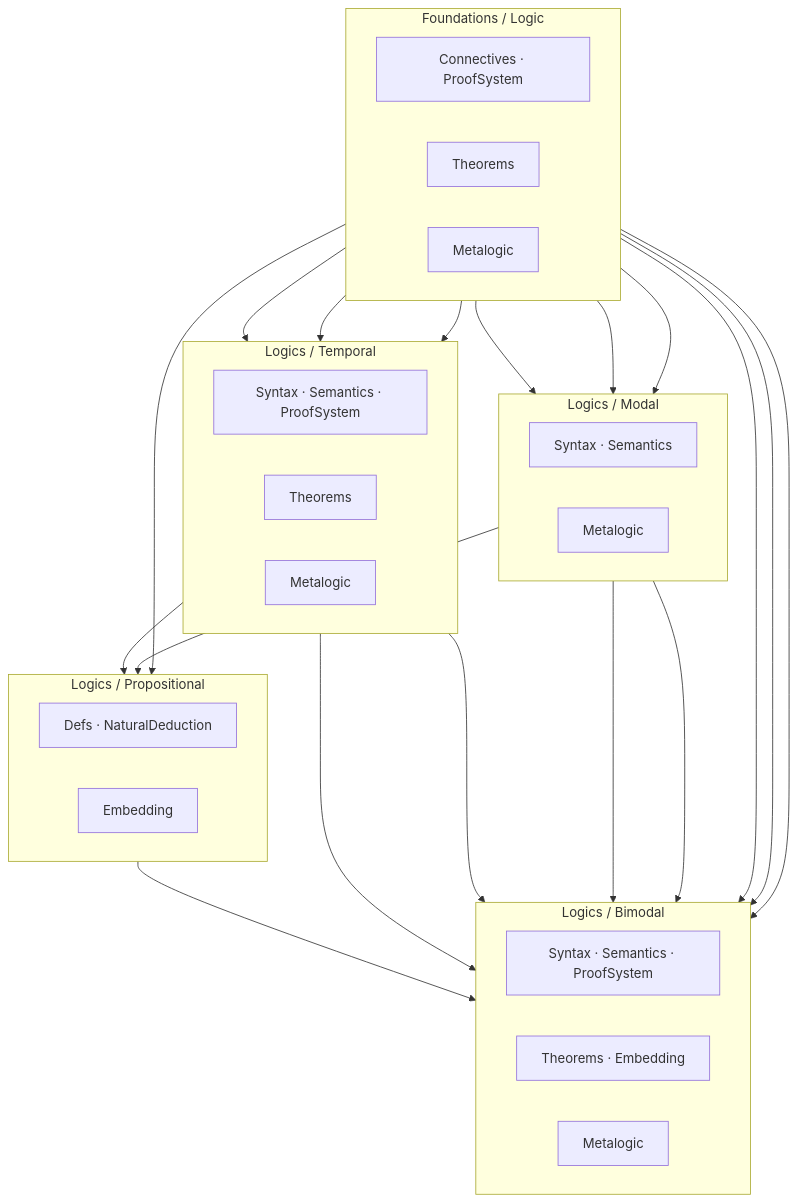
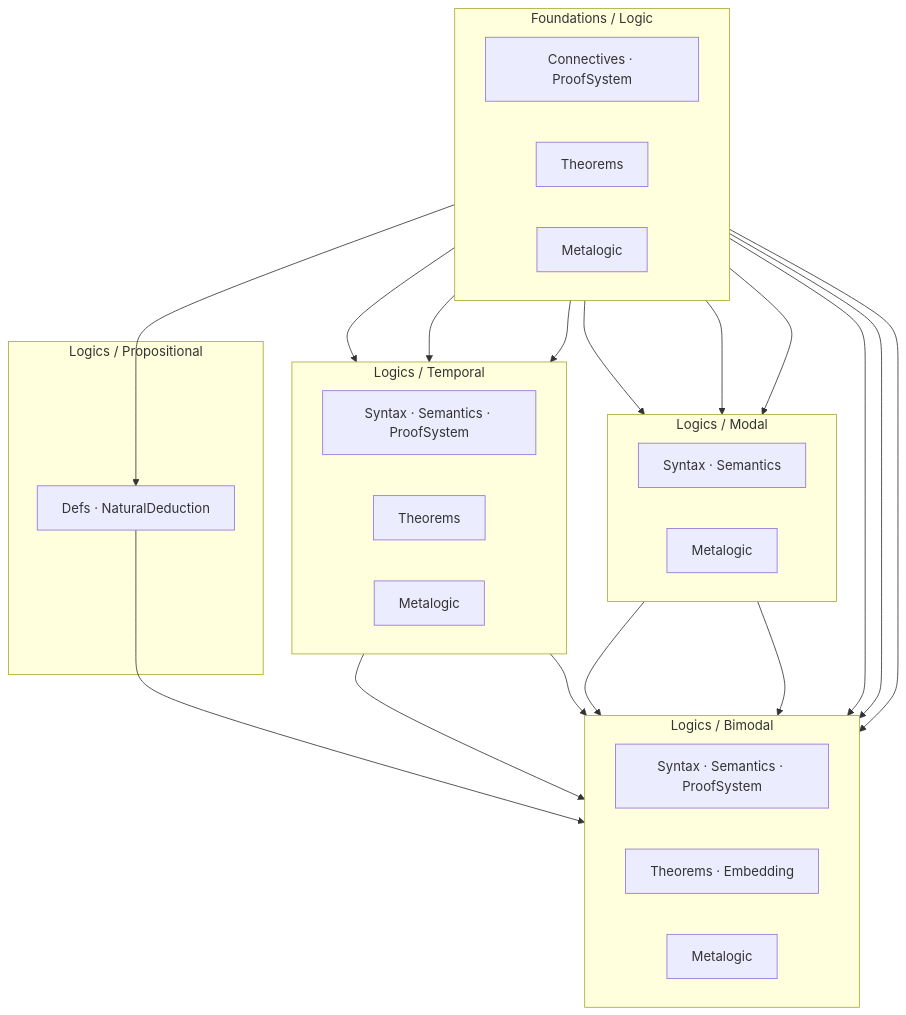
The diagram in specs/ROADMAP.md (benbrastmckie/cslib), drawn with Mermaid before and after one commit. The commit also changed other lines of this file and 6 other files, not shown here.

````diff
--- a/specs/ROADMAP.md
+++ b/specs/ROADMAP.md
@@ -27,46 +28,43 @@
 ```mermaid
 flowchart TB
     subgraph F ["Foundations / Logic"]
         direction LR
         F1["Connectives · ProofSystem"]
         F2["Theorems"]
         F3["Metalogic"]
+    end
+
+    subgraph P ["Logics / Propositional"]
+        P1["Defs · NaturalDeduction"]
     end
 
     subgraph M ["Logics / Modal"]
         direction LR
         M1["Syntax · Semantics"]
         M2["Metalogic"]
     end
 
     subgraph T ["Logics / Temporal"]
         direction LR
         T1["Syntax · Semantics · ProofSystem"]
         T2["Theorems"]
         T3["Metalogic"]
     end
 
-    subgraph P ["Logics / Propositional"]
-        direction LR
-        P1["Defs · NaturalDeduction"]
-        P2["Embedding"]
-    end
-
     subgraph B ["Logics / Bimodal"]
         direction LR
         B1["Syntax · Semantics · ProofSystem"]
         B2["Theorems · Embedding"]
         B3["Metalogic"]
     end
 
     F1 --> P1 & M1 & T1 & B1
     F2 --> M2 & T2 & B2
     F3 --> M2 & T3 & B3
 
-    M1 --> P2 & B2
-    T1 --> P2
+    P1 --> B2
+    M1 --> B2
+    M2 --> B3
     T2 --> B2
-    M2 --> B3
     T3 --> B3
-    P2 --> B2
 ```
````
